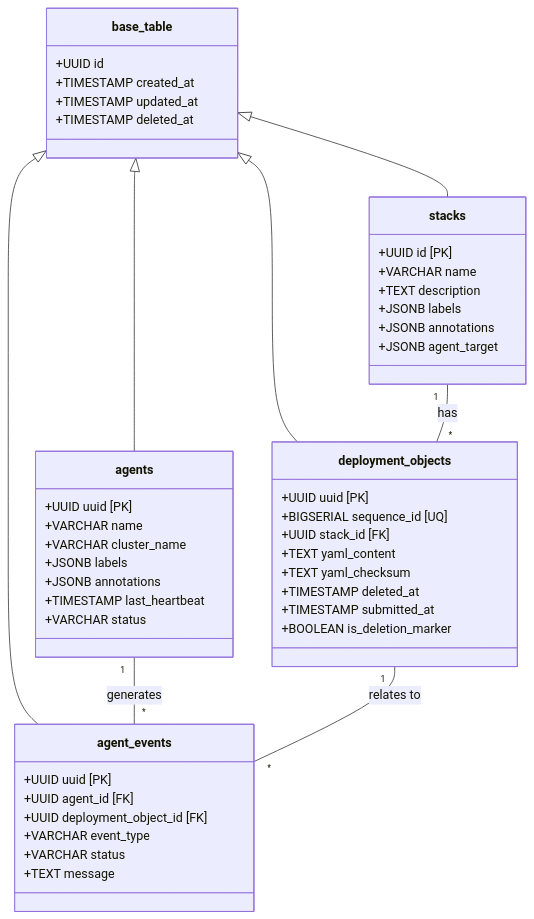
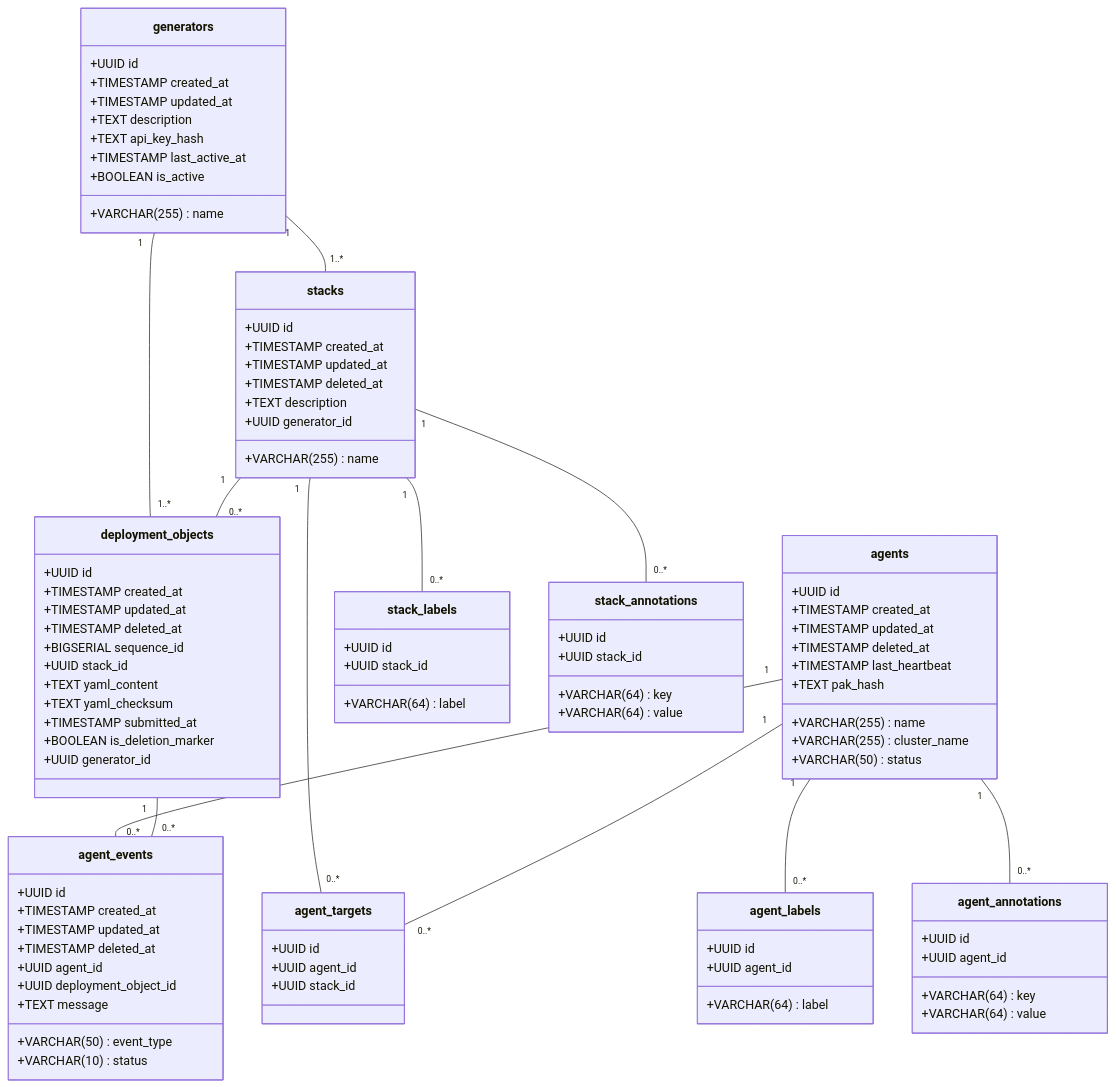
The first of 5 diagrams in DATAMODEL.md (colliery-io/brokkr), drawn with Mermaid before and after one commit. The commit also changed other lines of this file and 134 other files, not shown here.

````diff
--- a/DATAMODEL.md
+++ b/DATAMODEL.md
@@ -3,51 +3,105 @@
 ```mermaid
 classDiagram
-    class base_table {
+    class stacks {
         +UUID id
         +TIMESTAMP created_at
         +TIMESTAMP updated_at
         +TIMESTAMP deleted_at
+        +VARCHAR(255) name
+        +TEXT description
+        +UUID generator_id
     }
+
     class agents {
-        +UUID uuid [PK]
-        +VARCHAR name
-        +VARCHAR cluster_name
-        +JSONB labels
-        +JSONB annotations
+        +UUID id
+        +TIMESTAMP created_at
+        +TIMESTAMP updated_at
+        +TIMESTAMP deleted_at
+        +VARCHAR(255) name
+        +VARCHAR(255) cluster_name
         +TIMESTAMP last_heartbeat
-        +VARCHAR status
+        +VARCHAR(50) status
+        +TEXT pak_hash
     }
+
     class deployment_objects {
-        +UUID uuid [PK]
-        +BIGSERIAL sequence_id [UQ]
-        +UUID stack_id [FK]
+        +UUID id
+        +TIMESTAMP created_at
+        +TIMESTAMP updated_at
+        +TIMESTAMP deleted_at
+        +BIGSERIAL sequence_id
+        +UUID stack_id
         +TEXT yaml_content
         +TEXT yaml_checksum
-        +TIMESTAMP deleted_at
         +TIMESTAMP submitted_at
         +BOOLEAN is_deletion_marker
+        +UUID generator_id
     }
-    class stacks {
-        +UUID id [PK]
-        +VARCHAR name
-        +TEXT description
-        +JSONB labels
-        +JSONB annotations
-        +JSONB agent_target
-    }
+
     class agent_events {
-        +UUID uuid [PK]
-        +UUID agent_id [FK]
-        +UUID deployment_object_id [FK]
-        +VARCHAR event_type
-        +VARCHAR status
+        +UUID id
+        +TIMESTAMP created_at
+        +TIMESTAMP updated_at
+        +TIMESTAMP deleted_at
+        +UUID agent_id
+        +UUID deployment_object_id
+        +VARCHAR(50) event_type
+        +VARCHAR(10) status
         +TEXT message
     }
-    base_table <|-- agents
-    base_table <|-- stacks
-    base_table <|-- agent_events
-    base_table <|-- deployment_objects
-    stacks "1" -- "*" deployment_objects : has
-    agents "1" -- "*" agent_events : generates
-    deployment_objects "1" -- "*" agent_events : relates to
+
+    class agent_targets {
+        +UUID id
+        +UUID agent_id
+        +UUID stack_id
+    }
+
+    class stack_labels {
+        +UUID id
+        +UUID stack_id
+        +VARCHAR(64) label
+    }
+
+    class stack_annotations {
+        +UUID id
+        +UUID stack_id
+        +VARCHAR(64) key
+        +VARCHAR(64) value
+    }
+
+    class agent_labels {
+        +UUID id
+        +UUID agent_id
+        +VARCHAR(64) label
+    }
+
+    class agent_annotations {
+        +UUID id
+        +UUID agent_id
+        +VARCHAR(64) key
+        +VARCHAR(64) value
+    }
+
+    class generators {
+        +UUID id
+        +TIMESTAMP created_at
+        +TIMESTAMP updated_at
+        +VARCHAR(255) name
+        +TEXT description
+        +TEXT api_key_hash
+        +TIMESTAMP last_active_at
+        +BOOLEAN is_active
+    }
+
+    generators "1" -- "1..*" stacks
+    generators "1" -- "1..*" deployment_objects
+    stacks "1" -- "0..*" deployment_objects
+    stacks "1" -- "0..*" agent_targets
+    agents "1" -- "0..*" agent_events
+    agents "1" -- "0..*" agent_targets
+    deployment_objects "1" -- "0..*" agent_events
+    stacks "1" -- "0..*" stack_labels
+    stacks "1" -- "0..*" stack_annotations
+    agents "1" -- "0..*" agent_labels
+    agents "1" -- "0..*" agent_annotations
 ```
````
